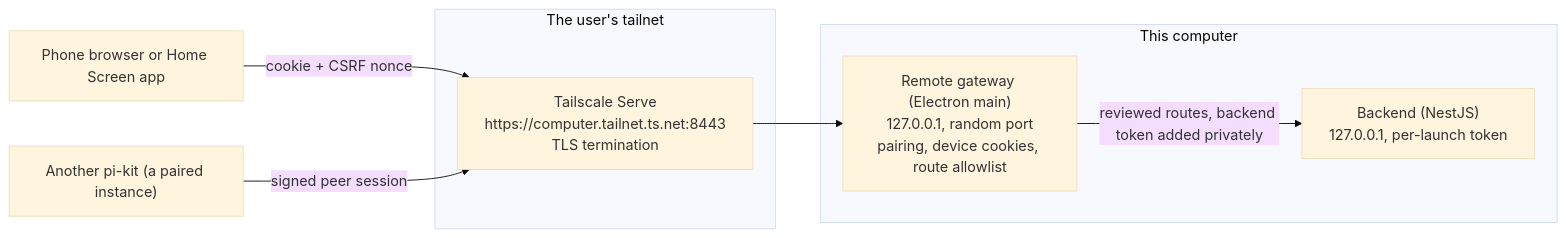
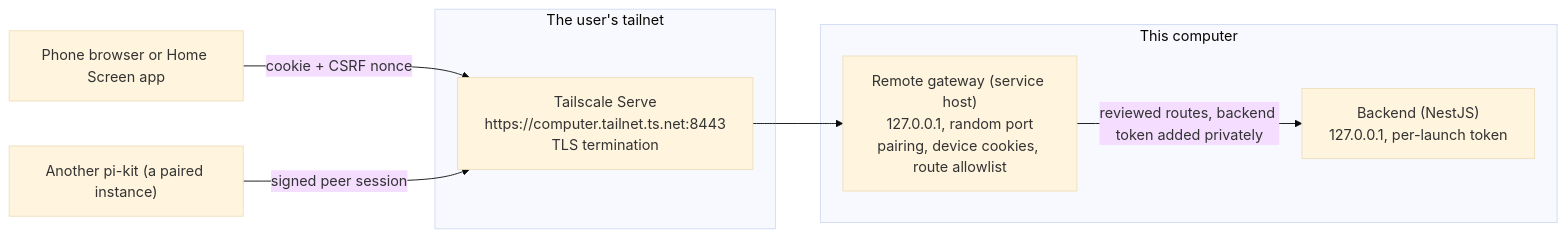
Before and after one commit to Soverius-AI/pi-kit: the first of 2 diagrams in doc/docs/remote-access.md, drawn with Mermaid (base theme). The commit also changed other lines of this file and 19 other files, not shown here.

````diff
--- a/doc/docs/remote-access.md
+++ b/doc/docs/remote-access.md
@@ -11,16 +11,16 @@
 ```mermaid
 flowchart LR
   phone["Phone browser or Home Screen app"]
   peer["Another pi-kit (a paired instance)"]
   subgraph tailnet["The user's tailnet"]
     serve["Tailscale Serve\nhttps://computer.tailnet.ts.net:8443\nTLS termination"]
   end
   subgraph desktop["This computer"]
-    gateway["Remote gateway (Electron main)\n127.0.0.1, random port\npairing, device cookies, route allowlist"]
+    gateway["Remote gateway (service host)\n127.0.0.1, random port\npairing, device cookies, route allowlist"]
     backend["Backend (NestJS)\n127.0.0.1, per-launch token"]
     gateway -->|"reviewed routes, backend token added privately"| backend
   end
   phone -->|"cookie + CSRF nonce"| serve
   peer -->|"signed peer session"| serve
   serve --> gateway
 ```
````
